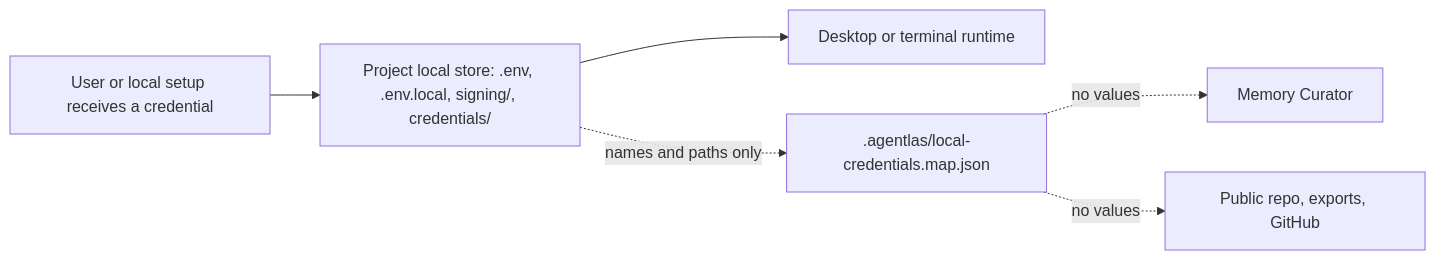
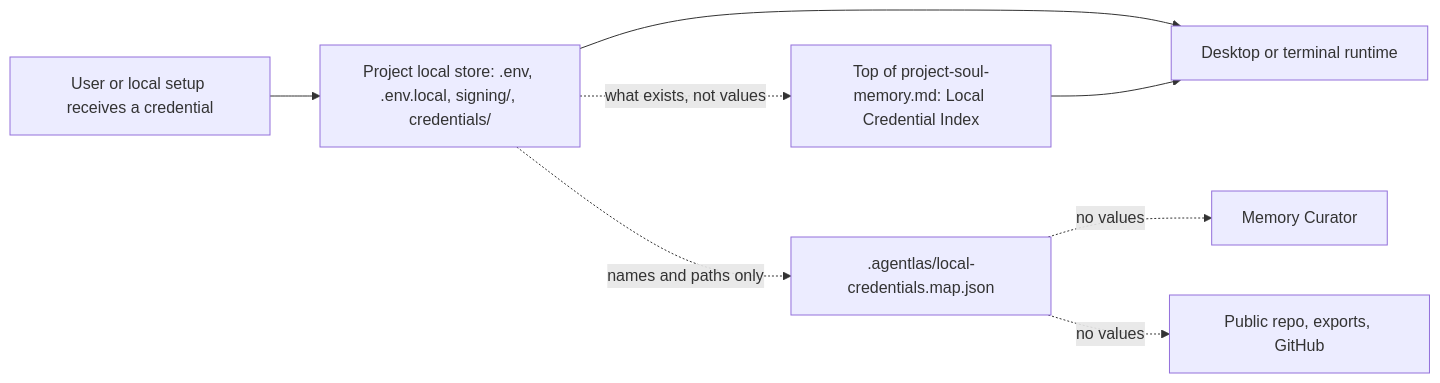
One commit to agentlas-ai/Agentlas-OS changed the diagram in docs/local-credential-store.md. Above: the diagram before and after it, drawn with Mermaid. The commit also changed other lines of this file and 9 other files, not shown here.

````diff
--- a/docs/local-credential-store.md
+++ b/docs/local-credential-store.md
@@ -10,15 +10,18 @@
 ```mermaid
 flowchart LR
   User["User or local setup receives a credential"]
   Store["Project local store: .env, .env.local, signing/, credentials/"]
+  Soul["Top of project-soul-memory.md: Local Credential Index"]
   Runtime["Desktop or terminal runtime"]
   Map[".agentlas/local-credentials.map.json"]
   Memory["Memory Curator"]
   Public["Public repo, exports, GitHub"]
 
   User --> Store
+  Store -. "what exists, not values" .-> Soul
   Store --> Runtime
   Store -. "names and paths only" .-> Map
+  Soul --> Runtime
   Map -. "no values" .-> Memory
   Map -. "no values" .-> Public
 ```
````
